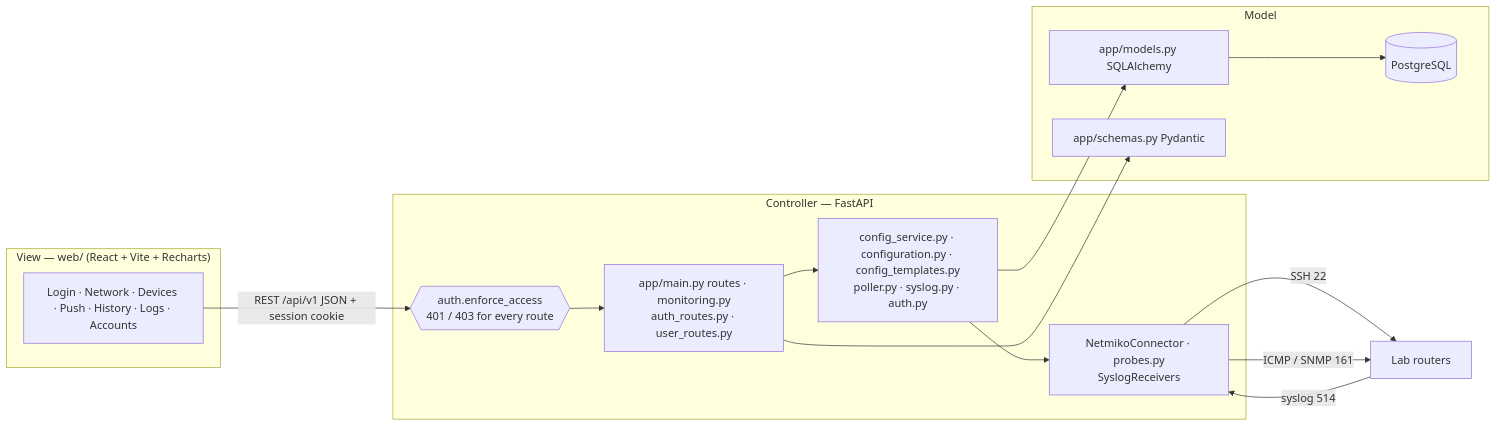
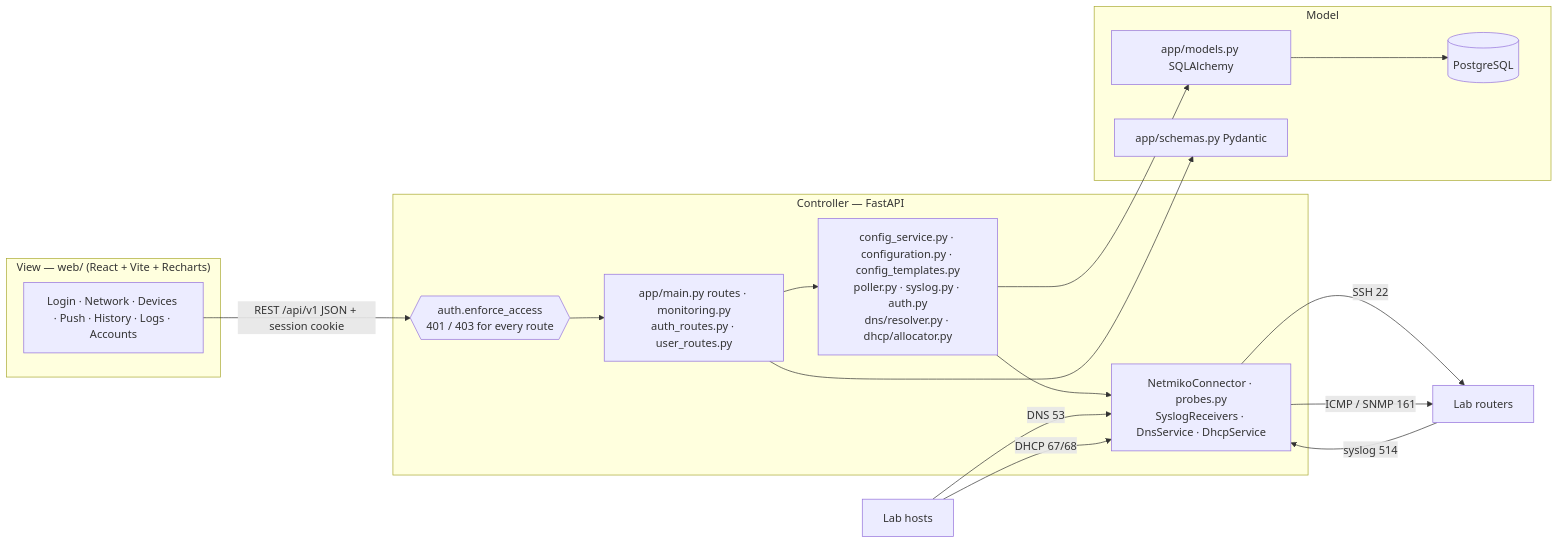
One commit to SeidaSecurity/CS-4398F26 changed the diagram in docs/design/architecture.md. Above: the diagram before and after it, drawn with Mermaid. The commit also changed other lines of this file and 5 other files, not shown here.

Commit message:
class diagram and architecture for DNS/DHCP

````diff
--- a/docs/design/architecture.md
+++ b/docs/design/architecture.md
@@ -7,23 +7,25 @@
 ```mermaid
 flowchart LR
     subgraph View["View — web/ (React + Vite + Recharts)"]
         Pages[Login · Network · Devices · Push · History · Logs · Accounts]
     end
     subgraph Controller["Controller — FastAPI"]
         Policy{{auth.enforce_access<br/>401 / 403 for every route}}
         Routes[app/main.py routes · monitoring.py<br/>auth_routes.py · user_routes.py]
-        Domain[config_service.py · configuration.py · config_templates.py<br/>poller.py · syslog.py · auth.py]
-        Adapters[NetmikoConnector · probes.py<br/>SyslogReceivers]
+        Domain[config_service.py · configuration.py · config_templates.py<br/>poller.py · syslog.py · auth.py<br/>dns/resolver.py · dhcp/allocator.py]
+        Adapters[NetmikoConnector · probes.py<br/>SyslogReceivers · DnsService · DhcpService]
     end
     subgraph Model["Model"]
         ORM[app/models.py SQLAlchemy] --> DB[(PostgreSQL)]
         DTO[app/schemas.py Pydantic]
     end
     Pages -- REST /api/v1 JSON + session cookie --> Policy --> Routes
     Routes --> Domain --> ORM
     Routes --> DTO
     Domain --> Adapters
     Adapters -- SSH 22 --> Dev[Lab routers]
     Adapters -- ICMP / SNMP 161 --> Dev
     Dev -- syslog 514 --> Adapters
+    Clients[Lab hosts] -- DNS 53 --> Adapters
+    Clients -- DHCP 67/68 --> Adapters
 ```
````
